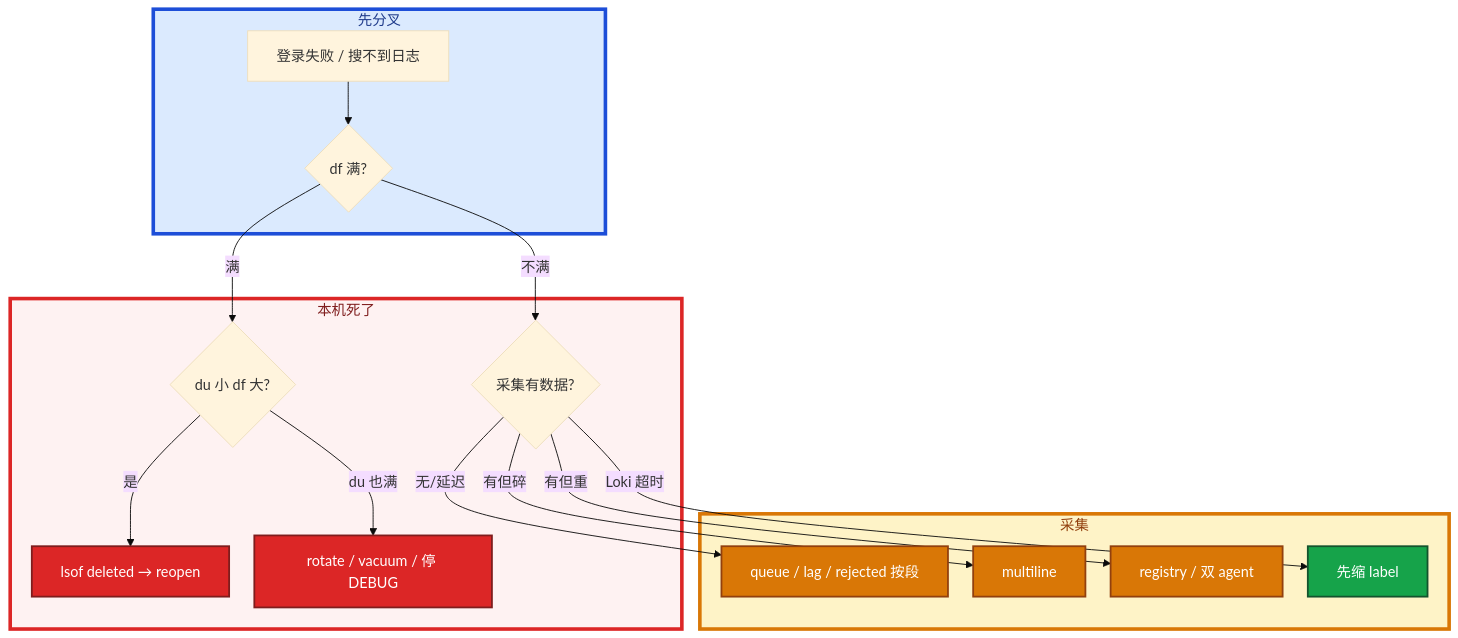
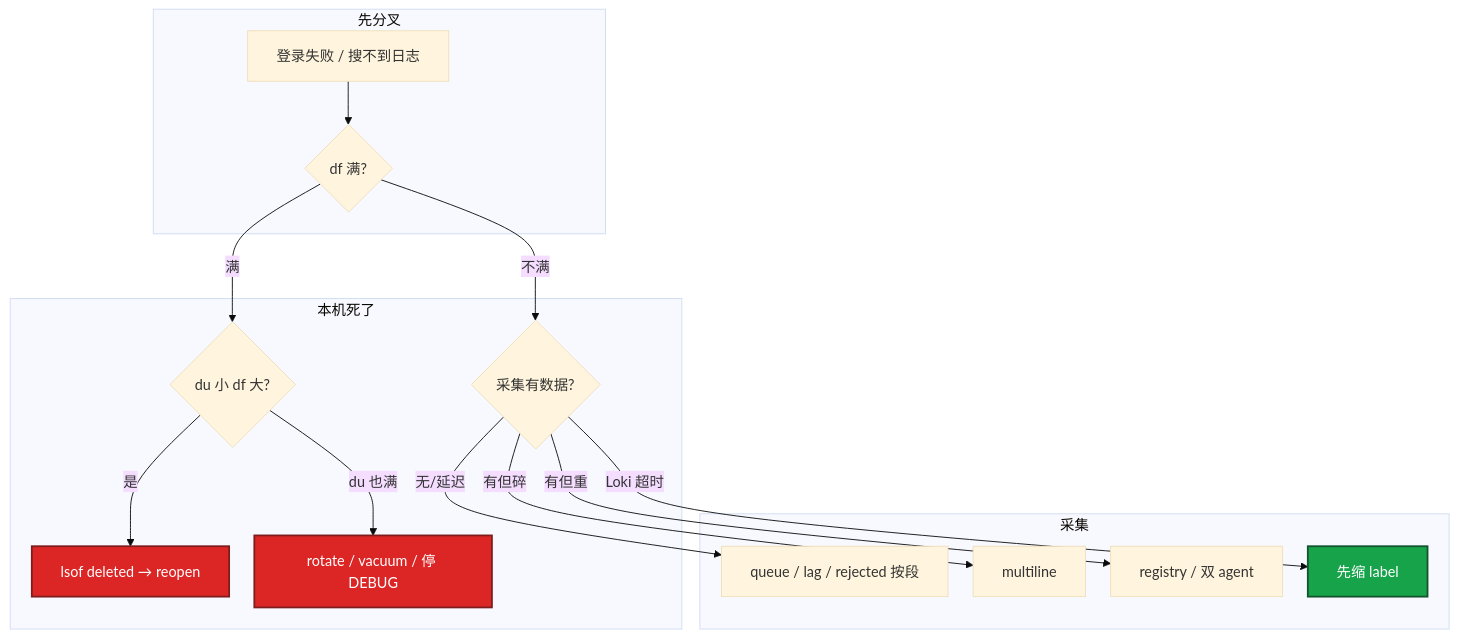
One commit to ml-cuizijun/LearnToLilith changed the fourth of 4 diagrams in 02-基础底座/22-日志运维/知识点.md. Above: the diagram before and after it, drawn with Mermaid. The commit also changed other lines of this file and 107 other files, not shown here.

````diff
--- a/02-基础底座/22-日志运维/知识点.md
+++ b/02-基础底座/22-日志运维/知识点.md
@@ -468,32 +493,26 @@
 ```mermaid
 %%{init: {"flowchart": {"padding": 16, "nodeSpacing": 28, "rankSpacing": 48}, "theme": "base"}}%%
 flowchart TB
     subgraph gate ["先分叉"]
         A[登录失败 / 搜不到日志] --> B{df 满?}
     end
 
     subgraph disk ["本机死了"]
         B -->|满| C{du 小 df 大?}
         C -->|是| D[lsof deleted → reopen]
         C -->|du 也满| E[rotate / vacuum / 停 DEBUG]
         B -->|不满| F{采集有数据?}
     end
 
     subgraph ship ["采集"]
         F -->|无/延迟| G[queue / lag / rejected 按段]
         F -->|有但碎| H[multiline]
         F -->|有但重| I[registry / 双 agent]
         F -->|Loki 超时| J[先缩 label]
     end
 
     classDef bad fill:#DC2626,stroke:#7F1D1D,stroke-width:2px,color:#fff
     classDef ok fill:#16A34A,stroke:#14532D,stroke-width:2px,color:#fff
-    classDef warn fill:#D97706,stroke:#92400E,stroke-width:2px,color:#fff
     class D,E bad
-    class G,H,I warn
     class J ok
-
-    style gate fill:#DBEAFE,stroke:#1D4ED8,stroke-width:4px,color:#1E3A8A
-    style disk fill:#FEF2F2,stroke:#DC2626,stroke-width:4px,color:#7F1D1D
-    style ship fill:#FEF3C7,stroke:#D97706,stroke-width:4px,color:#92400E
 ```
````
